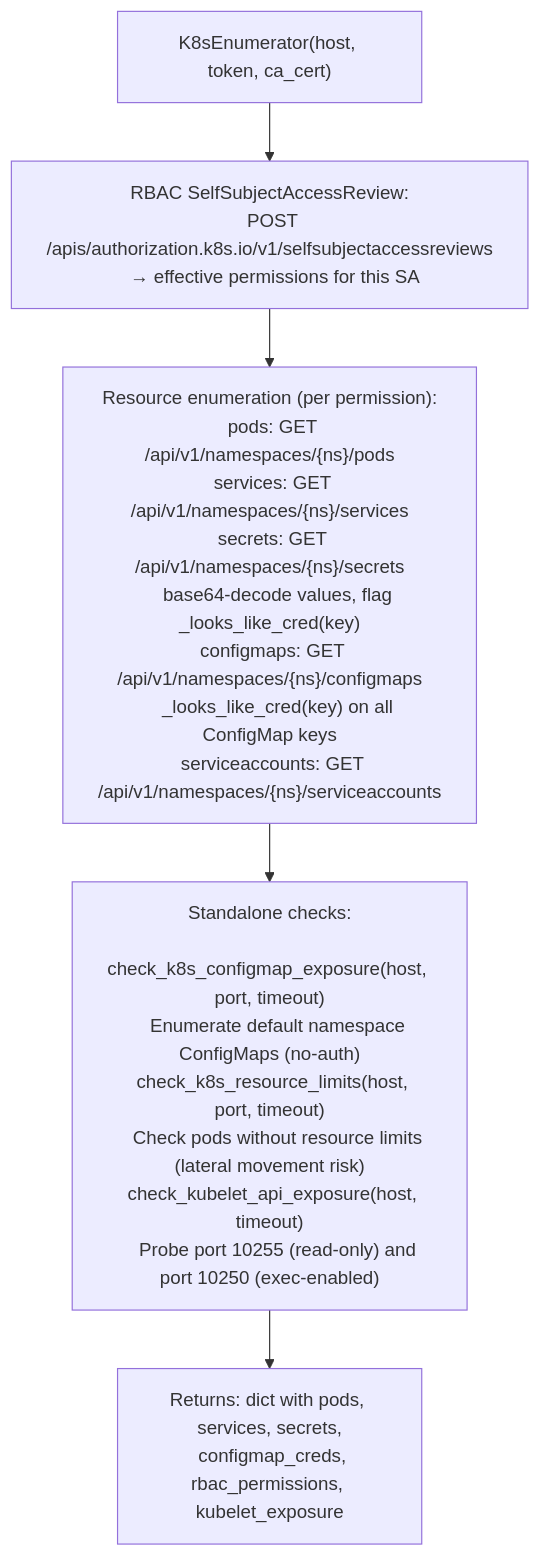
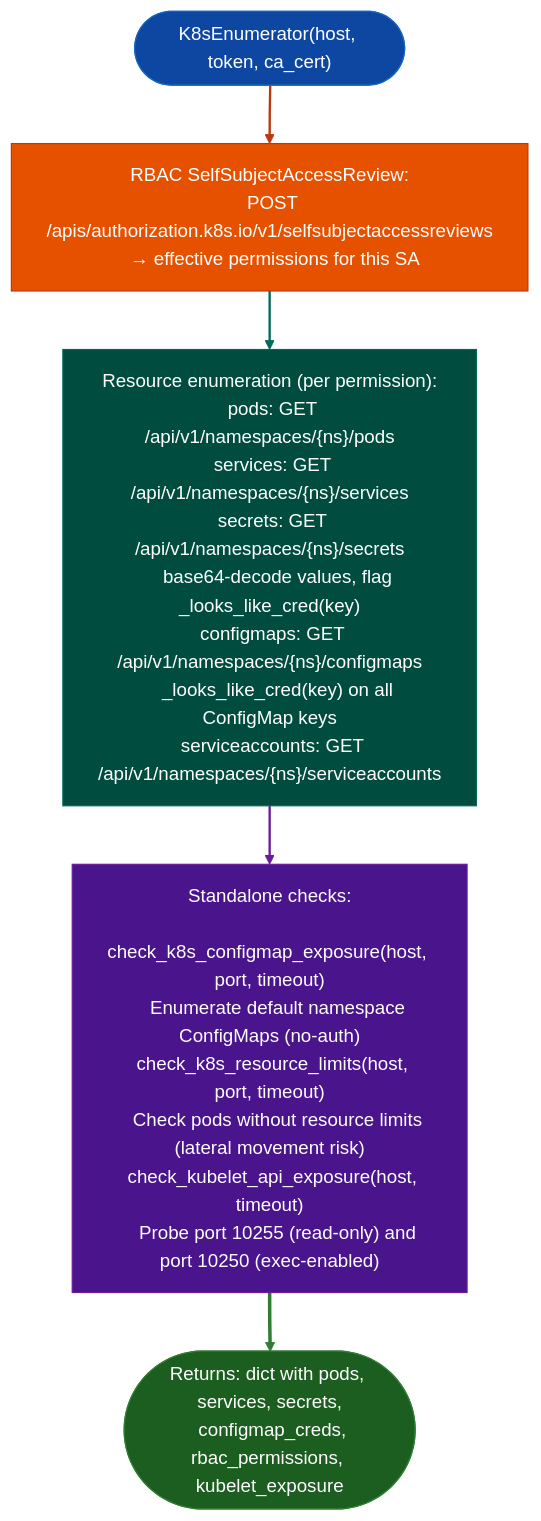
The diagram in docs/reference-modules/kubernetes-inventory.md (Ablation-Tool/ablation), drawn with Mermaid before and after one commit. The commit also changed 320 other files, not shown here.

First line of the commit message:
docs: apply canonical Mermaid template to all 321 diagrams

````diff
--- a/docs/reference-modules/kubernetes-inventory.md
+++ b/docs/reference-modules/kubernetes-inventory.md
@@ -19,7 +19,17 @@
 ```mermaid
 flowchart TD
-    A["K8sEnumerator(host, token, ca_cert)"] --> B["RBAC SelfSubjectAccessReview:\n  POST /apis/authorization.k8s.io/v1/selfsubjectaccessreviews\n  → effective permissions for this SA"]
-    B --> C["Resource enumeration (per permission):\n  pods: GET /api/v1/namespaces/{ns}/pods\n  services: GET /api/v1/namespaces/{ns}/services\n  secrets: GET /api/v1/namespaces/{ns}/secrets\n    base64-decode values, flag _looks_like_cred(key)\n  configmaps: GET /api/v1/namespaces/{ns}/configmaps\n    _looks_like_cred(key) on all ConfigMap keys\n  serviceaccounts: GET /api/v1/namespaces/{ns}/serviceaccounts"]
-    C --> D["Standalone checks:\n  check_k8s_configmap_exposure(host, port, timeout)\n    Enumerate default namespace ConfigMaps (no-auth)\n  check_k8s_resource_limits(host, port, timeout)\n    Check pods without resource limits (lateral movement risk)\n  check_kubelet_api_exposure(host, timeout)\n    Probe port 10255 (read-only) and port 10250 (exec-enabled)"]
-    D --> E["Returns: dict with pods, services, secrets,\n  configmap_creds, rbac_permissions, kubelet_exposure"]
+    A(["K8sEnumerator(host, token, ca_cert)"]):::input --> B["RBAC SelfSubjectAccessReview:\n  POST /apis/authorization.k8s.io/v1/selfsubjectaccessreviews\n  → effective permissions for this SA"]:::primary
+    B:::primary --> C["Resource enumeration (per permission):\n  pods: GET /api/v1/namespaces/{ns}/pods\n  services: GET /api/v1/namespaces/{ns}/services\n  secrets: GET /api/v1/namespaces/{ns}/secrets\n    base64-decode values, flag _looks_like_cred(key)\n  configmaps: GET /api/v1/namespaces/{ns}/configmaps\n    _looks_like_cred(key) on all ConfigMap keys\n  serviceaccounts: GET /api/v1/namespaces/{ns}/serviceaccounts"]:::secondary
+    C:::secondary --> D["Standalone checks:\n  check_k8s_configmap_exposure(host, port, timeout)\n    Enumerate default namespace ConfigMaps (no-auth)\n  check_k8s_resource_limits(host, port, timeout)\n    Check pods without resource limits (lateral movement risk)\n  check_kubelet_api_exposure(host, timeout)\n    Probe port 10255 (read-only) and port 10250 (exec-enabled)"]:::tertiary
+    D:::tertiary --> E(["Returns: dict with pods, services, secrets,\n  configmap_creds, rbac_permissions, kubelet_exposure"]):::output
+    classDef input     fill:#0d47a1,stroke:#1565c0,color:#fff
+    classDef primary   fill:#e65100,stroke:#bf360c,color:#fff
+    classDef secondary fill:#004d40,stroke:#00695c,color:#fff
+    classDef tertiary  fill:#4a148c,stroke:#6a1b9a,color:#fff
+    classDef neutral   fill:#37474f,stroke:#546e7a,color:#fff
+    classDef output    fill:#1b5e20,stroke:#2e7d32,color:#fff
+    linkStyle 0 stroke:#bf360c,stroke-width:2px
+    linkStyle 1 stroke:#00695c,stroke-width:2px
+    linkStyle 2 stroke:#6a1b9a,stroke-width:2px
+    linkStyle 3 stroke:#2e7d32,stroke-width:3px
 ```
````
